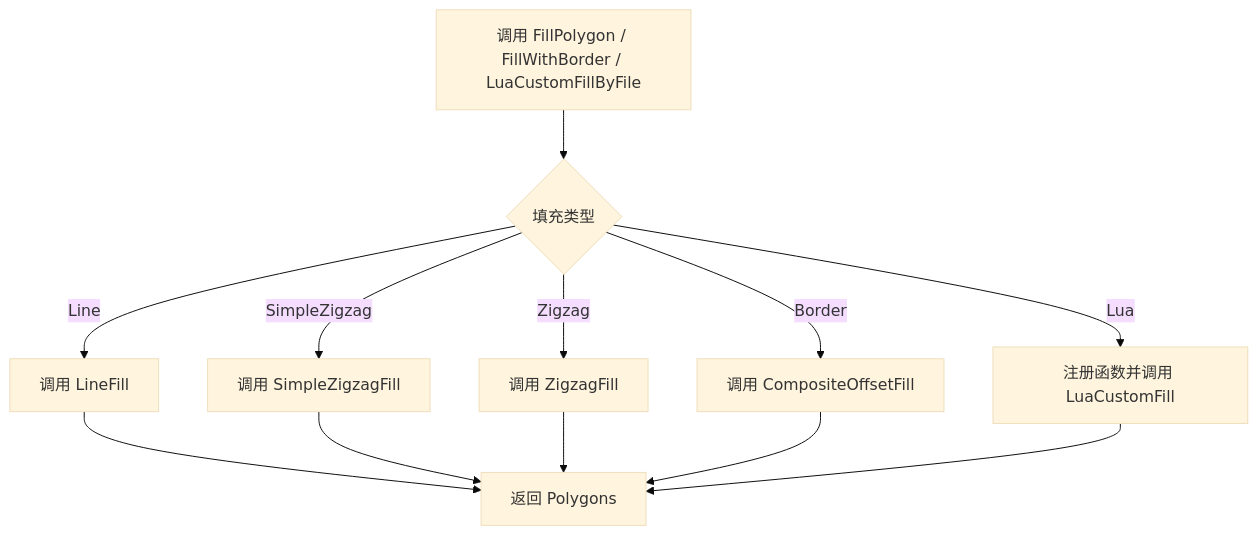
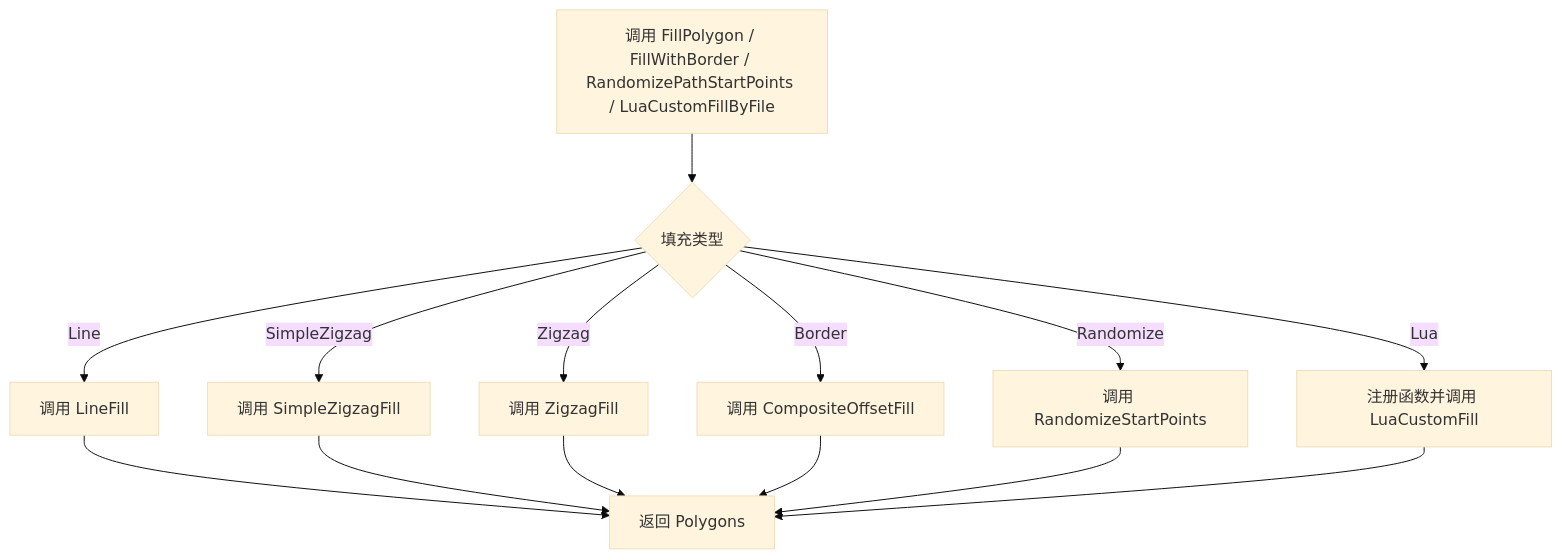
The fourth of 9 diagrams in .qoder/repowiki/zh/content/高级主题/LibHsBaSlicer 核心库/多边形填充系统.md (hsmbanlance/HsBaSlicer), drawn with Mermaid (base theme) before and after one commit. The commit also changed other lines of this file and 365 other files, not shown here.

````diff
--- a/.qoder/repowiki/zh/content/高级主题/LibHsBaSlicer 核心库/多边形填充系统.md
+++ b/.qoder/repowiki/zh/content/高级主题/LibHsBaSlicer 核心库/多边形填充系统.md
@@ -233,14 +296,16 @@
 ```mermaid
 flowchart TD
-Start["调用 FillPolygon / FillWithBorder / LuaCustomFillByFile"] --> ModeCheck{"填充类型"}
+Start["调用 FillPolygon / FillWithBorder / RandomizePathStartPoints / LuaCustomFillByFile"] --> ModeCheck{"填充类型"}
 ModeCheck --> |Line| LineCall["调用 LineFill"]
 ModeCheck --> |SimpleZigzag| SimpleCall["调用 SimpleZigzagFill"]
 ModeCheck --> |Zigzag| ZigCall["调用 ZigzagFill"]
 ModeCheck --> |Border| BorderCall["调用 CompositeOffsetFill"]
+ModeCheck --> |Randomize| RandomCall["调用 RandomizeStartPoints"]
 ModeCheck --> |Lua| LuaCall["注册函数并调用 LuaCustomFill"]
 LineCall --> End["返回 Polygons"]
 SimpleCall --> End
 ZigCall --> End
 BorderCall --> End
+RandomCall --> End
 LuaCall --> End
 ```
````
